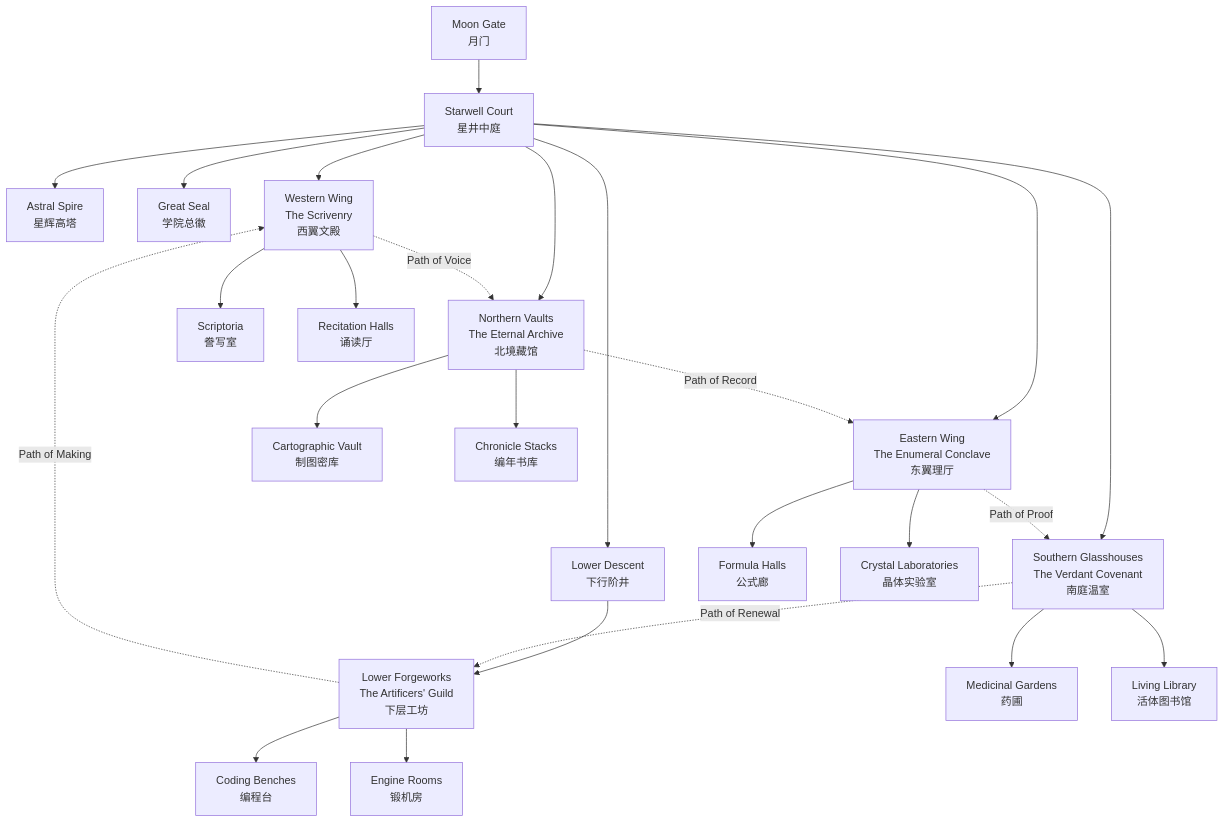
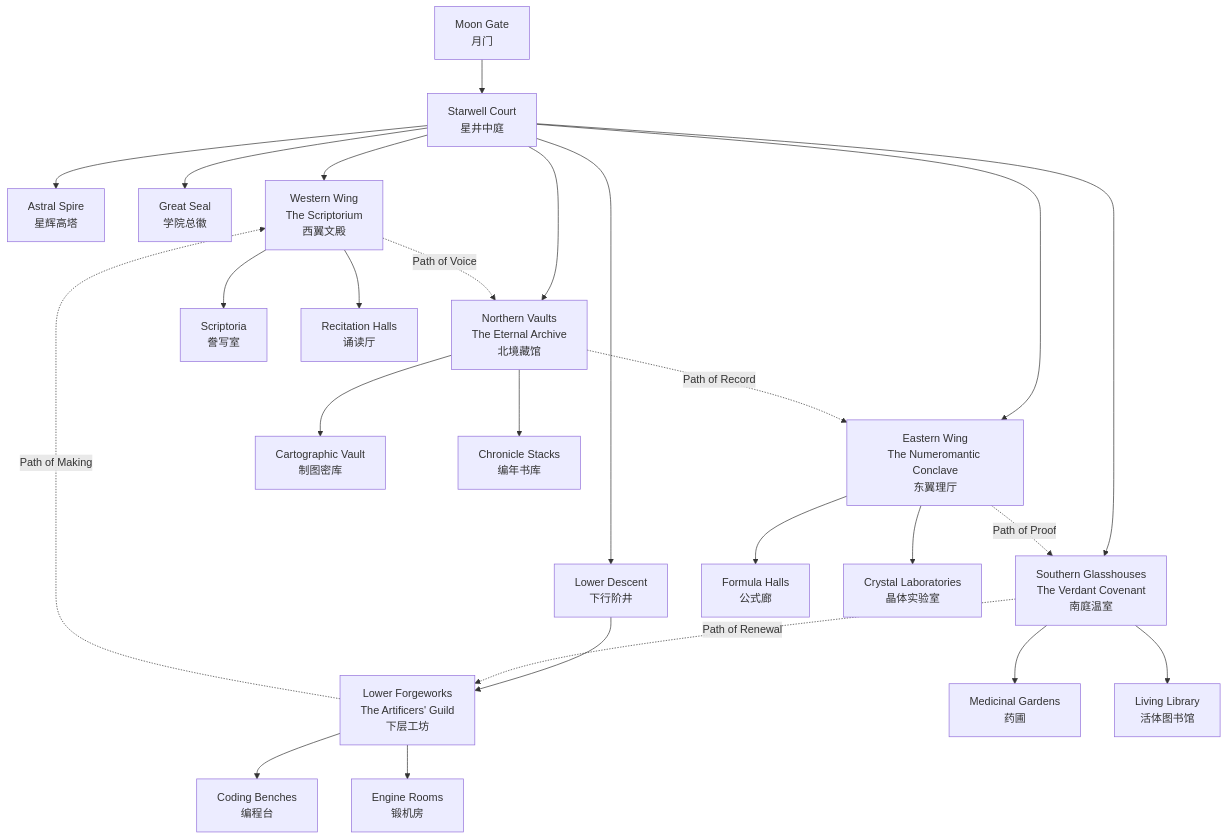
The first of 2 diagrams in README.md (fantasy-stardust/Arcanum-Academy), drawn with Mermaid before and after one commit. The commit also changed other lines of this file and 5 other files, not shown here.

Commit message:
Add new README files for Numeromantic Conclave subjects and Scriptorium

````diff
--- a/README.md
+++ b/README.md
@@ -142,27 +142,27 @@
 ```mermaid
 flowchart TB
     Gate["Moon Gate<br/>月门"] --> Court["Starwell Court<br/>星井中庭"]
     Court --> Spire["Astral Spire<br/>星辉高塔"]
     Court --> Seal["Great Seal<br/>学院总徽"]
-    Court --> West["Western Wing<br/>The Scrivenry<br/>西翼文殿"]
-    Court --> East["Eastern Wing<br/>The Enumeral Conclave<br/>东翼理厅"]
+    Court --> West["Western Wing<br/>The Scriptorium<br/>西翼文殿"]
+    Court --> East["Eastern Wing<br/>The Numeromantic Conclave<br/>东翼理厅"]
     Court --> South["Southern Glasshouses<br/>The Verdant Covenant<br/>南庭温室"]
     Court --> North["Northern Vaults<br/>The Eternal Archive<br/>北境藏馆"]
     Court --> Below["Lower Descent<br/>下行阶井"]
     Below --> Forge["Lower Forgeworks<br/>The Artificers' Guild<br/>下层工坊"]
     West --> Scriptoria["Scriptoria<br/>誊写室"]
     West --> Recital["Recitation Halls<br/>诵读厅"]
     East --> Formula["Formula Halls<br/>公式廊"]
     East --> Labs["Crystal Laboratories<br/>晶体实验室"]
     South --> Gardens["Medicinal Gardens<br/>药圃"]
     South --> Living["Living Library<br/>活体图书馆"]
     North --> Maps["Cartographic Vault<br/>制图密库"]
     North --> Chronicle["Chronicle Stacks<br/>编年书库"]
     Forge --> Benches["Coding Benches<br/>编程台"]
     Forge --> Engines["Engine Rooms<br/>锻机房"]
     West -. Path of Voice .-> North
     North -. Path of Record .-> East
     East -. Path of Proof .-> South
     South -. Path of Renewal .-> Forge
     Forge -. Path of Making .-> West
 ```
````
